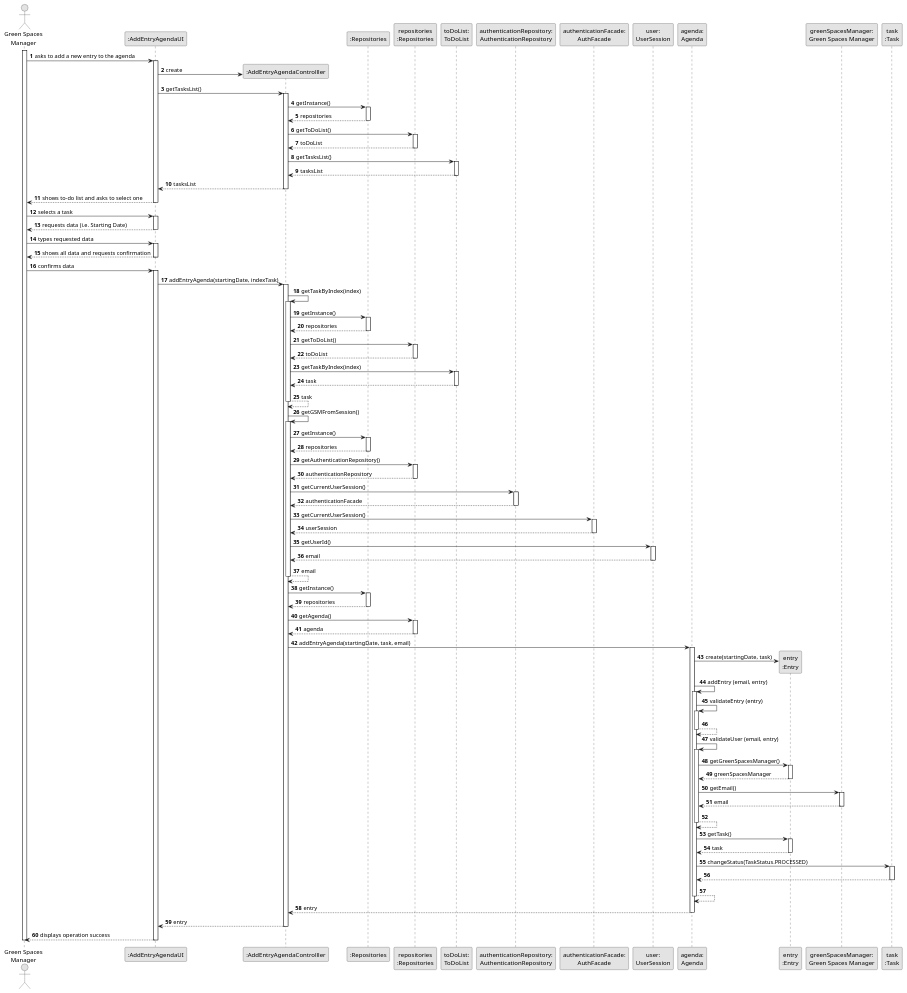
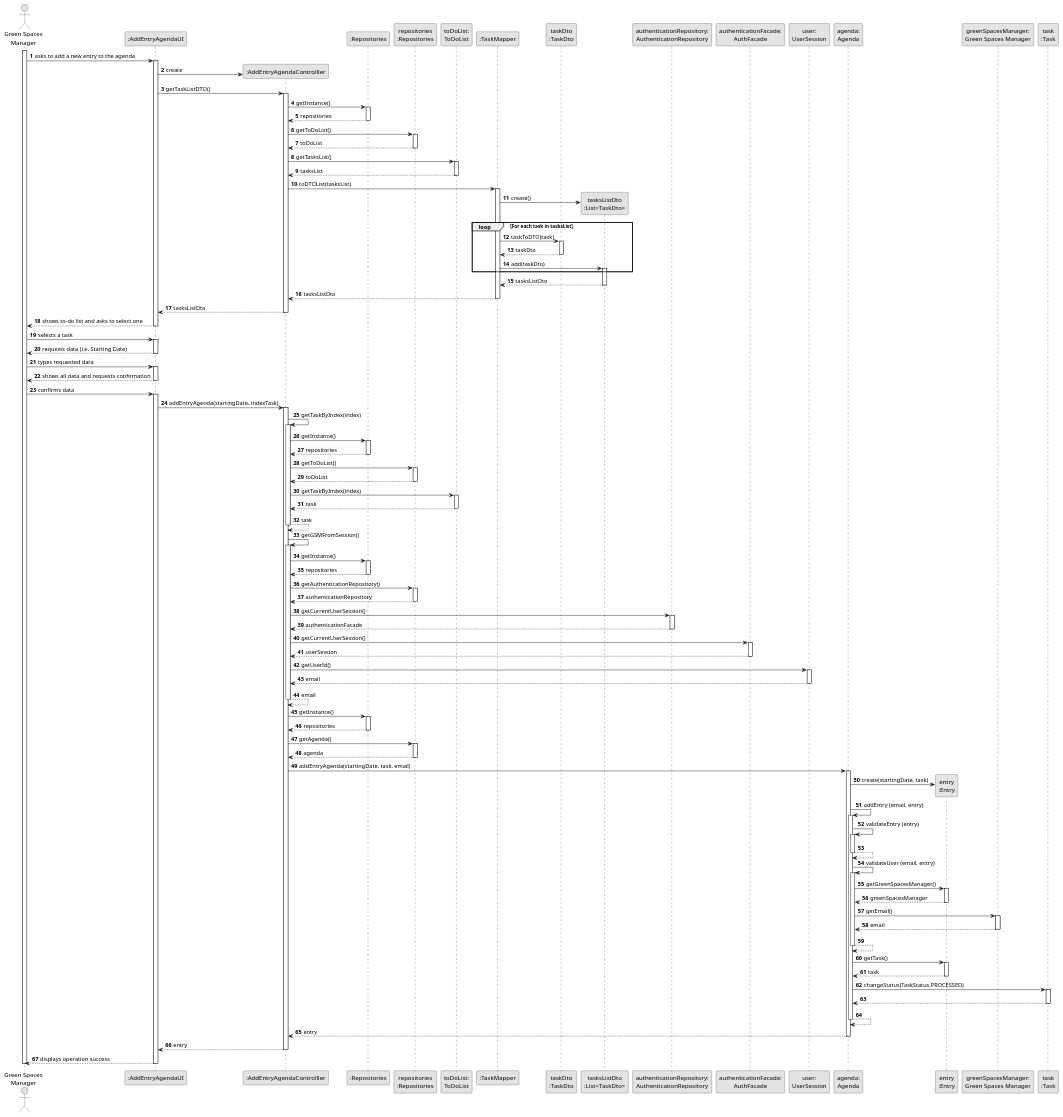
Before and after one commit to daniel41silva05/ISEP_2023_2024_LAPR2: the diagram in docs/sprintA&B&C/us022/03.design/puml/us022-sequence-diagram-full.puml, drawn with PlantUML. The commit also changed 16 other files, not shown here.

Commit message:
US22/23/26 - finalization Class Diagram and Sequence Diagram #10 #11 #12

```diff
--- a/docs/sprintA&B&C/us022/03.design/puml/us022-sequence-diagram-full.puml
+++ b/docs/sprintA&B&C/us022/03.design/puml/us022-sequence-diagram-full.puml
@@ -12,6 +12,9 @@
 participant ":Repositories" as REP
 participant "repositories\n:Repositories" as REPS
 participant "toDoList:\nToDoList" as toDoList
+participant ":TaskMapper" as taskMAPPER
+participant "taskDto\n:TaskDto" as taskDTO
+participant "tasksListDto\n:List<TaskDto>" as taskListDTO
 participant "authenticationRepository:\nAuthenticationRepository" as authentication
 participant "authenticationFacade:\nAuthFacade" as authFacade
 participant "user:\nUserSession" as user
@@ -27,7 +30,7 @@
 
         UI -> CTRL** : create
 
-        UI -> CTRL : getTasksList()
+        UI -> CTRL : getTaskListDTO()
         activate CTRL
 
             CTRL -> REP : getInstance()
@@ -48,8 +51,32 @@
             toDoList --> CTRL : tasksList
             deactivate toDoList
 
-            CTRL --> UI : tasksList
-            deactivate CTRL
+            CTRL -> taskMAPPER: toDTOList(tasksList)
+            activate taskMAPPER
+
+                taskMAPPER -> taskListDTO** : create()
+
+                loop For each task in tasksList
+
+                taskMAPPER -> taskDTO: taskToDTO(task)
+                activate taskDTO
+
+                taskDTO --> taskMAPPER: taskDto
+                deactivate taskDTO
+
+                taskMAPPER -> taskListDTO: add(taskDto)
+                activate taskListDTO
+
+                end
+
+                taskListDTO --> taskMAPPER: tasksListDto
+                deactivate taskListDTO
+
+            taskMAPPER --> CTRL : tasksListDto
+            deactivate taskMAPPER
+
+        CTRL --> UI : tasksListDto
+        deactivate CTRL
 
     UI --> GSM : shows to-do list and asks to select one
     deactivate UI
```
